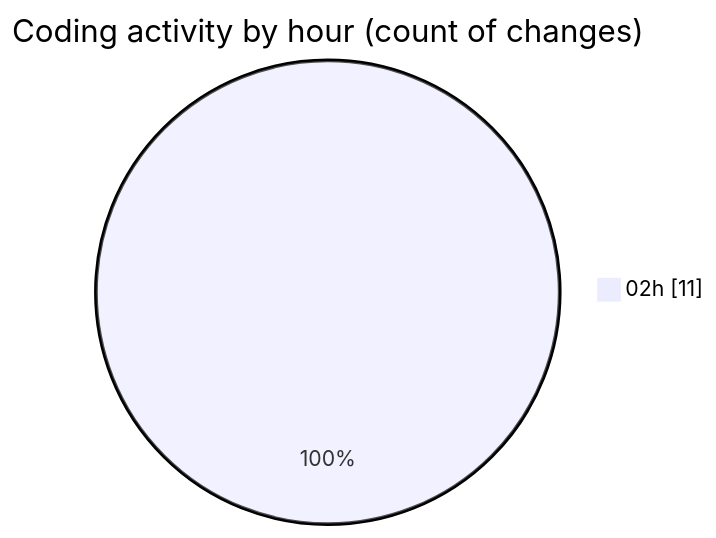
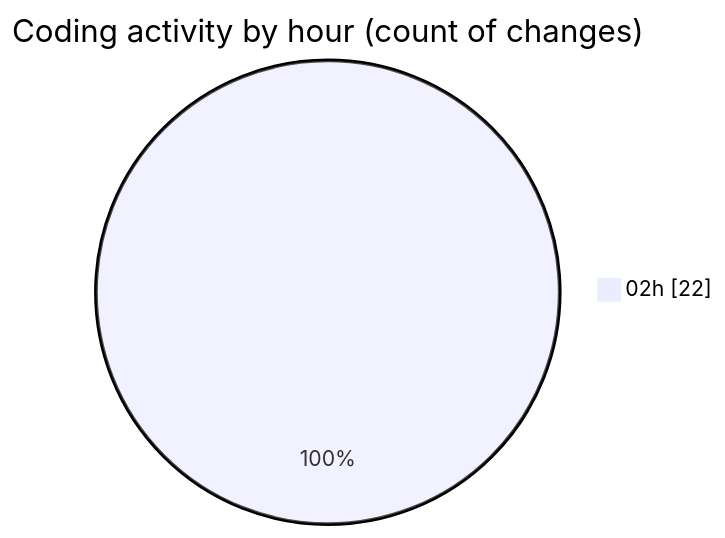
One commit to EIIisD/code-tracking changed the second of 2 diagrams in 2025-07-11/ribbon/README.md. Above: the diagram before and after it, drawn with Mermaid. The commit also changed other lines of this file and 1 other file, not shown here.

````diff
--- a/2025-07-11/ribbon/README.md
+++ b/2025-07-11/ribbon/README.md
@@ -34,5 +39,5 @@
 ```mermaid
 pie showData
 title Coding activity by hour (count of changes)
-"02h" : 11
+"02h" : 22
 ```
````
